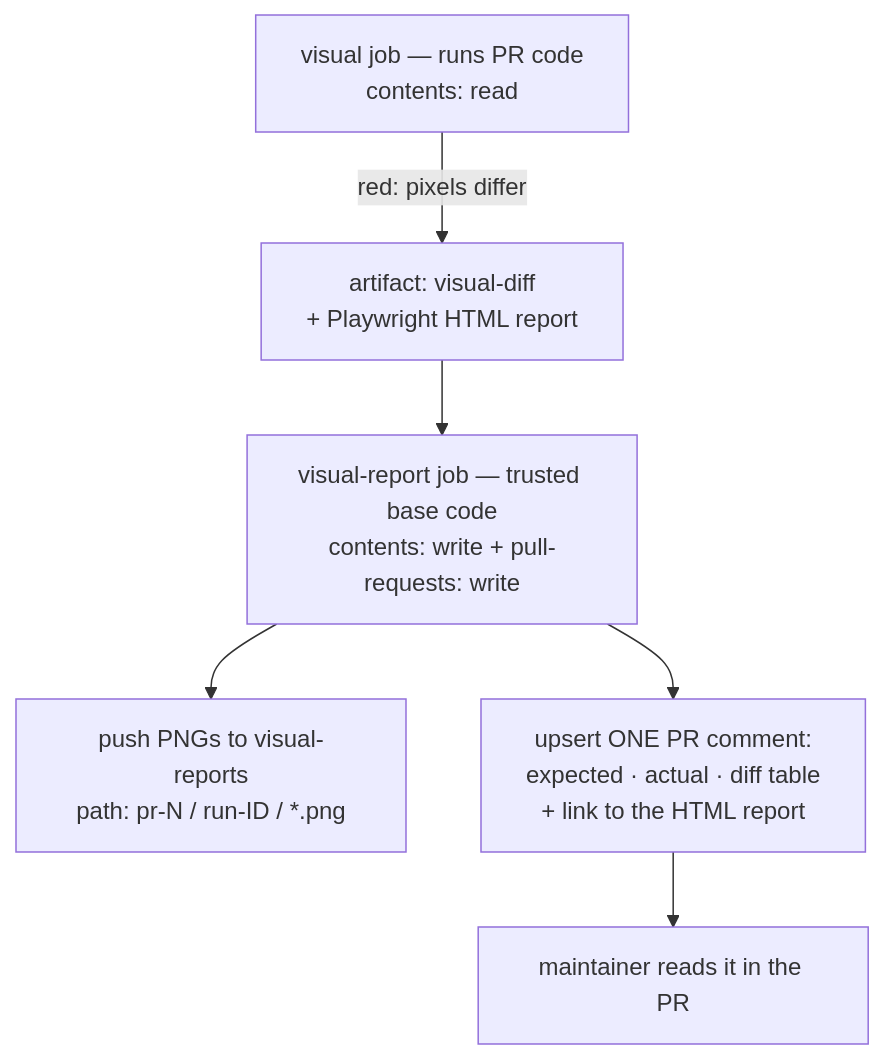
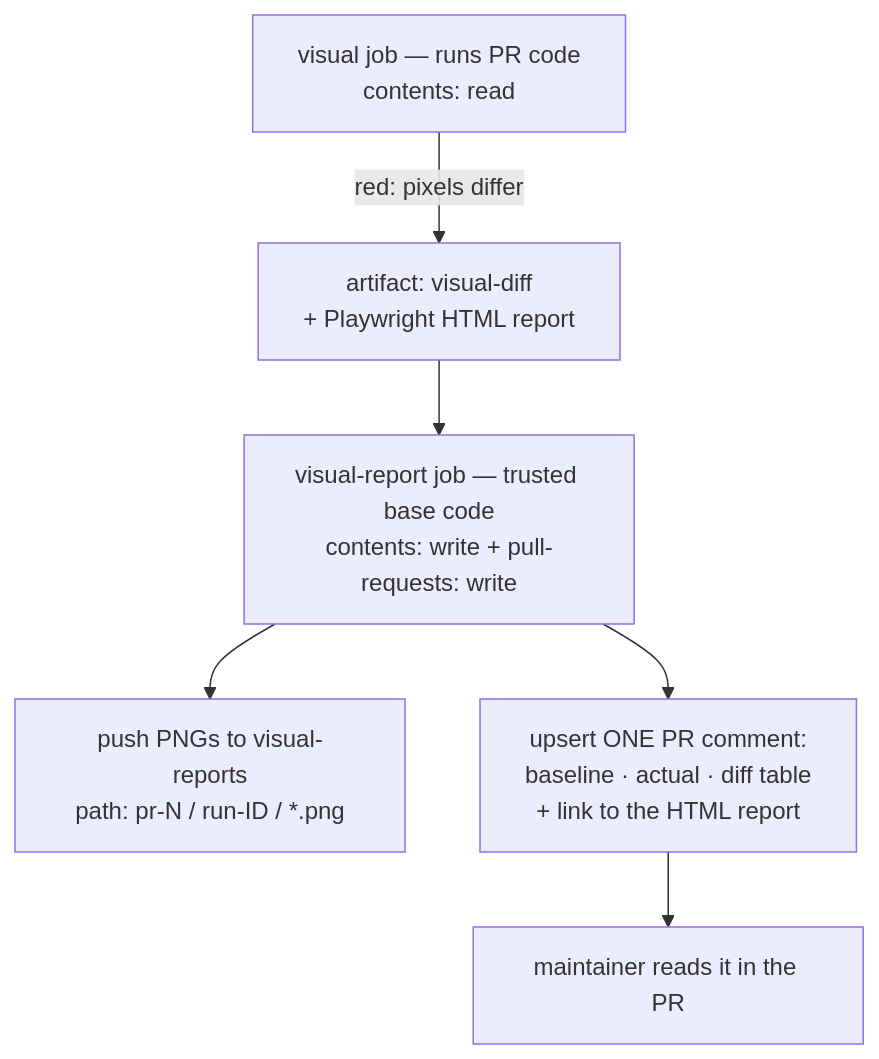
Before and after one commit to chomamateusz/agentproofarch: the diagram in website/docs/decisions/0013-visual-review-loop.md, drawn with Mermaid. The commit also changed other lines of this file and 8 other files, not shown here.

````diff
--- a/website/docs/decisions/0013-visual-review-loop.md
+++ b/website/docs/decisions/0013-visual-review-loop.md
@@ -33,8 +33,8 @@
 ```mermaid
 flowchart TD
     visual["visual job — runs PR code<br/>contents: read"] -->|"red: pixels differ"| art["artifact: visual-diff<br/>+ Playwright HTML report"]
     art --> report["visual-report job — trusted base code<br/>contents: write + pull-requests: write"]
     report --> branch["push PNGs to visual-reports<br/>path: pr-N / run-ID / *.png"]
-    report --> comment["upsert ONE PR comment:<br/>expected · actual · diff table<br/>+ link to the HTML report"]
+    report --> comment["upsert ONE PR comment:<br/>baseline · actual · diff table<br/>+ link to the HTML report"]
     comment --> human["maintainer reads it in the PR"]
 ```
````
